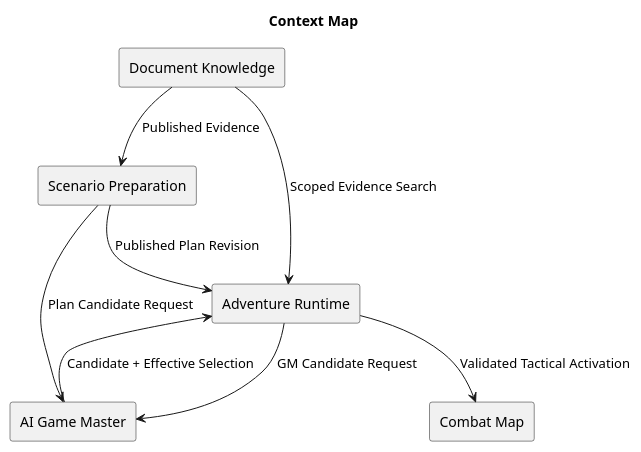
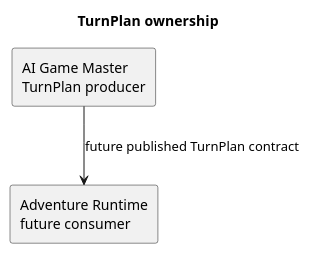
Before and after one commit to omegafrog/dnd-master: the second of 3 diagrams in docs/specs/architecture-spec.md, drawn with PlantUML. The commit also changed other lines of this file and 3 other files, not shown here.

Commit message:
plan: add TurnPlan structured IR ticket

````diff
--- a/docs/specs/architecture-spec.md
+++ b/docs/specs/architecture-spec.md
@@ -190,17 +106,8 @@
 ```plantuml
 @startuml
-title Context Map
-rectangle "Document Knowledge" as knowledge
-rectangle "Scenario Preparation" as scenario
-rectangle "Adventure Runtime" as runtime
-rectangle "AI Game Master" as ai
-rectangle "Combat Map" as map
-knowledge --> scenario : Published Evidence
-knowledge --> runtime : Scoped Evidence Search
-scenario --> runtime : Published Plan Revision
-runtime --> ai : GM Candidate Request
-ai --> runtime : Candidate + Effective Selection
-scenario --> ai : Plan Candidate Request
-runtime --> map : Validated Tactical Activation
+title TurnPlan ownership
+rectangle "AI Game Master\nTurnPlan producer" as gm
+rectangle "Adventure Runtime\nfuture consumer" as runtime
+gm --> runtime : future published TurnPlan contract
 @enduml
 ```
````
